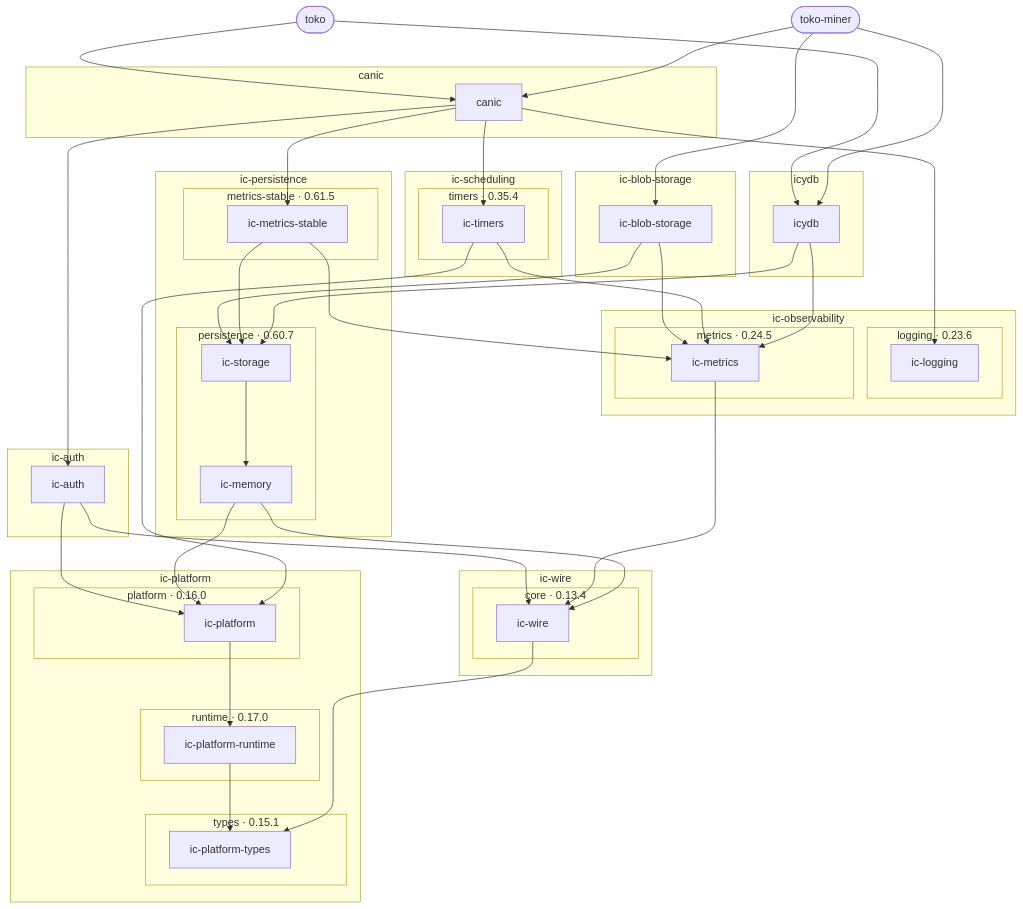
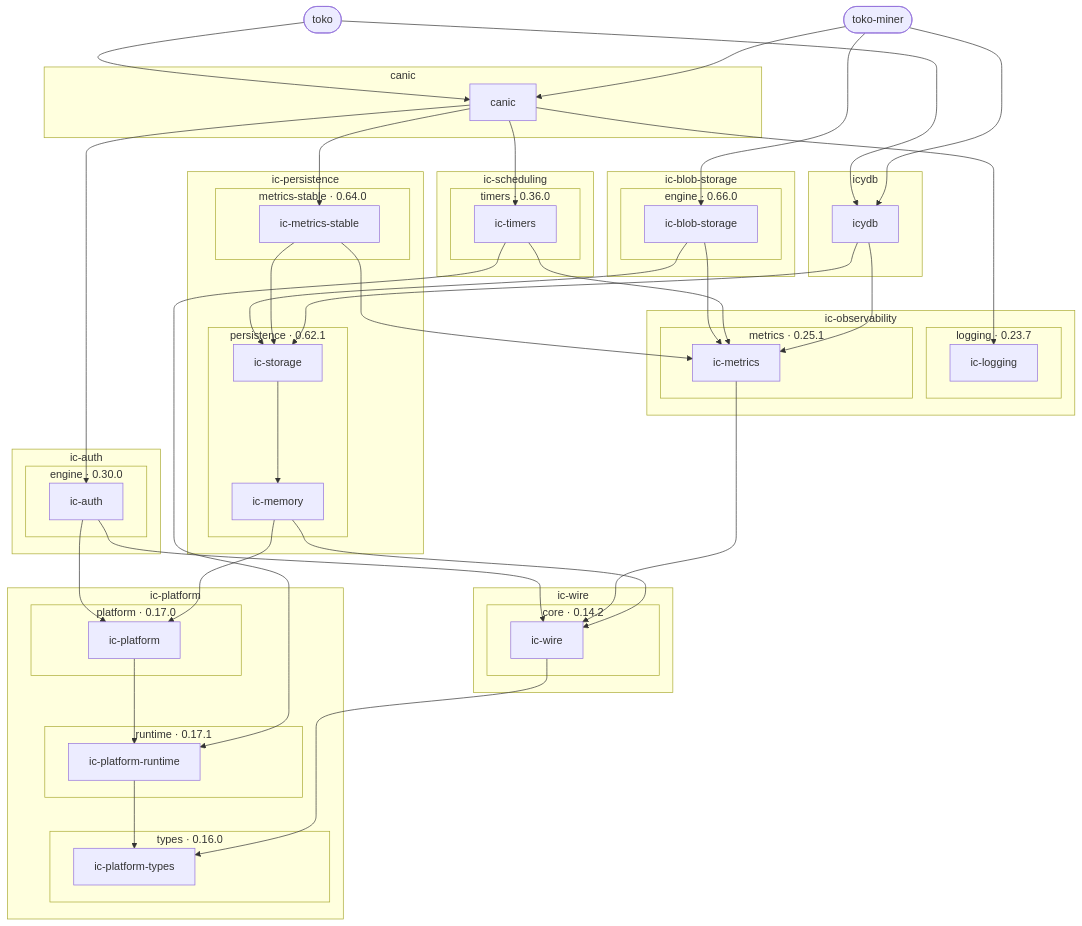
The diagram in README.md (dragginzgame/shared-tooling), drawn with Mermaid before and after one commit. The commit also changed other lines of this file and 18 other files, not shown here.

```diff
--- a/README.md
+++ b/README.md
@@ -39,46 +40,50 @@
         p_canic_7ccargo_3acanic["canic"]
     end
     subgraph p_repo_3aic_2dauth["ic-auth"]
-        p_ic_2dauth_7ccargo_3aic_2dauth["ic-auth"]
+        subgraph p_group_3aic_2dauth_7cengine["engine · 0.30.0"]
+            p_ic_2dauth_7ccargo_3aic_2dauth["ic-auth"]
+        end
     end
     subgraph p_repo_3aic_2dblob_2dstorage["ic-blob-storage"]
-        p_ic_2dblob_2dstorage_7ccargo_3aic_2dblob_2dstorage["ic-blob-storage"]
+        subgraph p_group_3aic_2dblob_2dstorage_7cengine["engine · 0.66.0"]
+            p_ic_2dblob_2dstorage_7ccargo_3aic_2dblob_2dstorage["ic-blob-storage"]
+        end
     end
     subgraph p_repo_3aic_2dobservability["ic-observability"]
-        subgraph p_group_3aic_2dobservability_7clogging["logging · 0.23.6"]
+        subgraph p_group_3aic_2dobservability_7clogging["logging · 0.23.7"]
             p_ic_2dobservability_7ccargo_3aic_2dlogging["ic-logging"]
         end
-        subgraph p_group_3aic_2dobservability_7cmetrics["metrics · 0.24.5"]
+        subgraph p_group_3aic_2dobservability_7cmetrics["metrics · 0.25.1"]
             p_ic_2dobservability_7ccargo_3aic_2dmetrics["ic-metrics"]
         end
     end
     subgraph p_repo_3aic_2dpersistence["ic-persistence"]
-        subgraph p_group_3aic_2dpersistence_7cmetrics_2dstable["metrics-stable · 0.61.5"]
+        subgraph p_group_3aic_2dpersistence_7cmetrics_2dstable["metrics-stable · 0.64.0"]
             p_ic_2dpersistence_7ccargo_3aic_2dmetrics_2dstable["ic-metrics-stable"]
         end
-        subgraph p_group_3aic_2dpersistence_7cpersistence["persistence · 0.60.7"]
+        subgraph p_group_3aic_2dpersistence_7cpersistence["persistence · 0.62.1"]
             p_ic_2dpersistence_7ccargo_3aic_2dmemory["ic-memory"]
             p_ic_2dpersistence_7ccargo_3aic_2dstorage["ic-storage"]
         end
     end
     subgraph p_repo_3aic_2dplatform["ic-platform"]
-        subgraph p_group_3aic_2dplatform_7cplatform["platform · 0.16.0"]
+        subgraph p_group_3aic_2dplatform_7cplatform["platform · 0.17.0"]
             p_ic_2dplatform_7ccargo_3aic_2dplatform["ic-platform"]
         end
-        subgraph p_group_3aic_2dplatform_7cruntime["runtime · 0.17.0"]
+        subgraph p_group_3aic_2dplatform_7cruntime["runtime · 0.17.1"]
             p_ic_2dplatform_7ccargo_3aic_2dplatform_2druntime["ic-platform-runtime"]
         end
-        subgraph p_group_3aic_2dplatform_7ctypes["types · 0.15.1"]
+        subgraph p_group_3aic_2dplatform_7ctypes["types · 0.16.0"]
             p_ic_2dplatform_7ccargo_3aic_2dplatform_2dtypes["ic-platform-types"]
         end
     end
     subgraph p_repo_3aic_2dscheduling["ic-scheduling"]
-        subgraph p_group_3aic_2dscheduling_7ctimers["timers · 0.35.4"]
+        subgraph p_group_3aic_2dscheduling_7ctimers["timers · 0.36.0"]
             p_ic_2dscheduling_7ccargo_3aic_2dtimers["ic-timers"]
         end
     end
     subgraph p_repo_3aic_2dwire["ic-wire"]
-        subgraph p_group_3aic_2dwire_7ccore["core · 0.13.4"]
+        subgraph p_group_3aic_2dwire_7ccore["core · 0.14.2"]
             p_ic_2dwire_7ccargo_3aic_2dwire["ic-wire"]
         end
     end
@@ -107,7 +112,7 @@
     p_ic_2dplatform_7ccargo_3aic_2dplatform --> p_ic_2dplatform_7ccargo_3aic_2dplatform_2druntime
     p_ic_2dplatform_7ccargo_3aic_2dplatform_2druntime --> p_ic_2dplatform_7ccargo_3aic_2dplatform_2dtypes
     p_ic_2dscheduling_7ccargo_3aic_2dtimers --> p_ic_2dobservability_7ccargo_3aic_2dmetrics
-    p_ic_2dscheduling_7ccargo_3aic_2dtimers --> p_ic_2dplatform_7ccargo_3aic_2dplatform
+    p_ic_2dscheduling_7ccargo_3aic_2dtimers --> p_ic_2dplatform_7ccargo_3aic_2dplatform_2druntime
     p_ic_2dwire_7ccargo_3aic_2dwire --> p_ic_2dplatform_7ccargo_3aic_2dplatform_2dtypes
     p_icydb_7ccargo_3aicydb --> p_ic_2dobservability_7ccargo_3aic_2dmetrics
     p_icydb_7ccargo_3aicydb --> p_ic_2dpersistence_7ccargo_3aic_2dstorage
```
